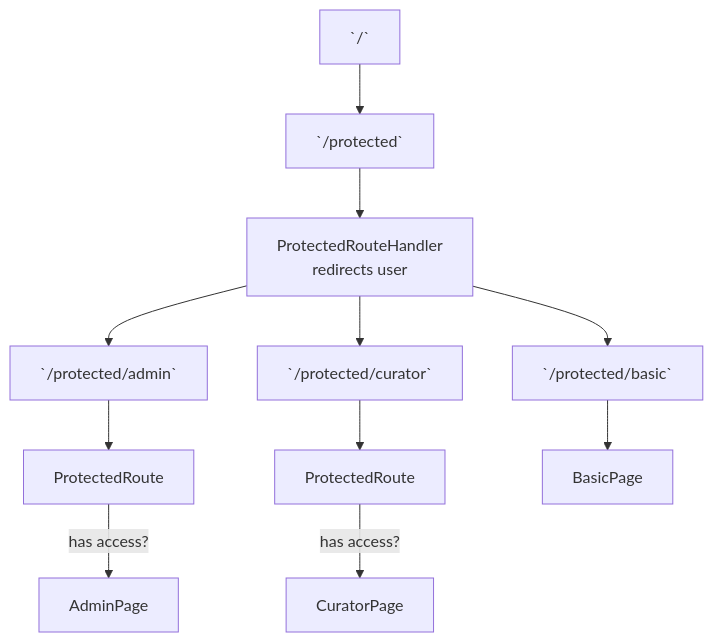
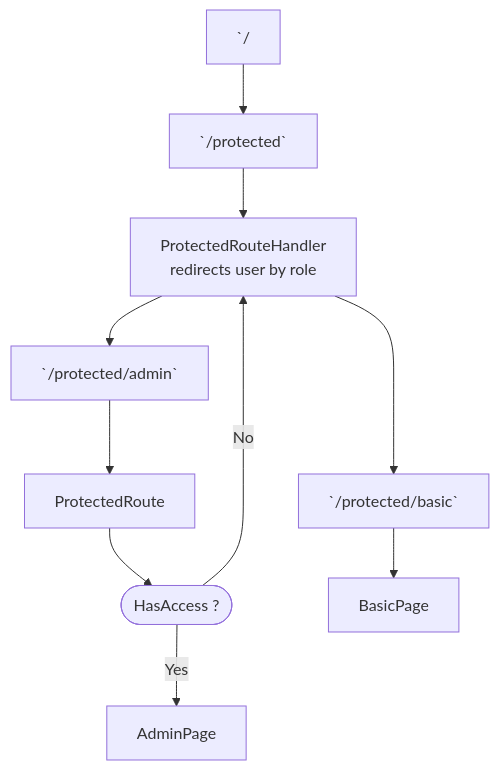
One commit to dictybase-playground/logto-test changed the second of 3 diagrams in README.md. Above: the diagram before and after it, drawn with Mermaid. The commit also changed other lines of this file and 3 other files, not shown here.

````diff
--- a/README.md
+++ b/README.md
@@ -39,25 +65,24 @@
 ```mermaid
 flowchart TD
 
-A[`/`]
+A[`/]
 B[`/protected`]
 B1[ProtectedRouteHandler
-   redirects user]
+   redirects user by role]
 C[`/protected/admin`]
-D[`/protected/curator`]
 E[`/protected/basic`]
 PC[ProtectedRoute]
-PD[ProtectedRoute]
+PQ([HasAccess ?])
 C1[AdminPage]
-D1[CuratorPage]
 E1[BasicPage]
 
 A --> B
 B --> B1
 B1 --> C
-B1 --> D
-B1 --> E
-C --> PC -->|has access?| C1
-D --> PD -->|has access?| D1
+B1 ---> E
+C --> PC
+PC --> PQ
+PQ --> |Yes| C1
+PQ --> |No| B1
 E --> E1
 ```
````
